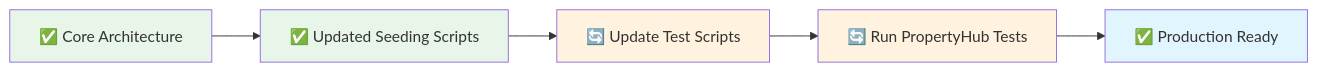
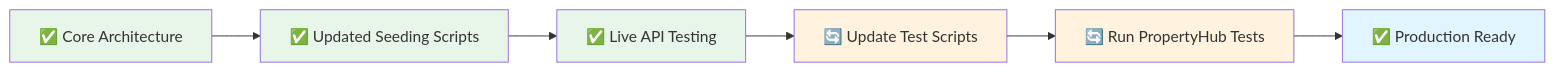
Before and after one commit to outlabsio/outlabsAuth: the diagram in README.md, drawn with Mermaid. The commit also changed other lines of this file and 2 other files, not shown here.

First line of the commit message:
Update README and test documentation for new permission system architecture

````diff
--- a/README.md
+++ b/README.md
@@ -610,13 +646,15 @@
 ```mermaid
 graph LR
     A["✅ Core Architecture"] --> B["✅ Updated Seeding Scripts"]
-    B --> C["🔄 Update Test Scripts"]
-    C --> D["🔄 Run PropertyHub Tests"]
-    D --> E["✅ Production Ready"]
+    B --> C["✅ Live API Testing"]
+    C --> D["🔄 Update Test Scripts"]
+    D --> E["🔄 Run PropertyHub Tests"]
+    E --> F["✅ Production Ready"]
 
     style A fill:#e8f5e9
     style B fill:#e8f5e9
-    style C fill:#fff3e0
+    style C fill:#e8f5e9
     style D fill:#fff3e0
-    style E fill:#e1f5fe
+    style E fill:#fff3e0
+    style F fill:#e1f5fe
 ```
````
